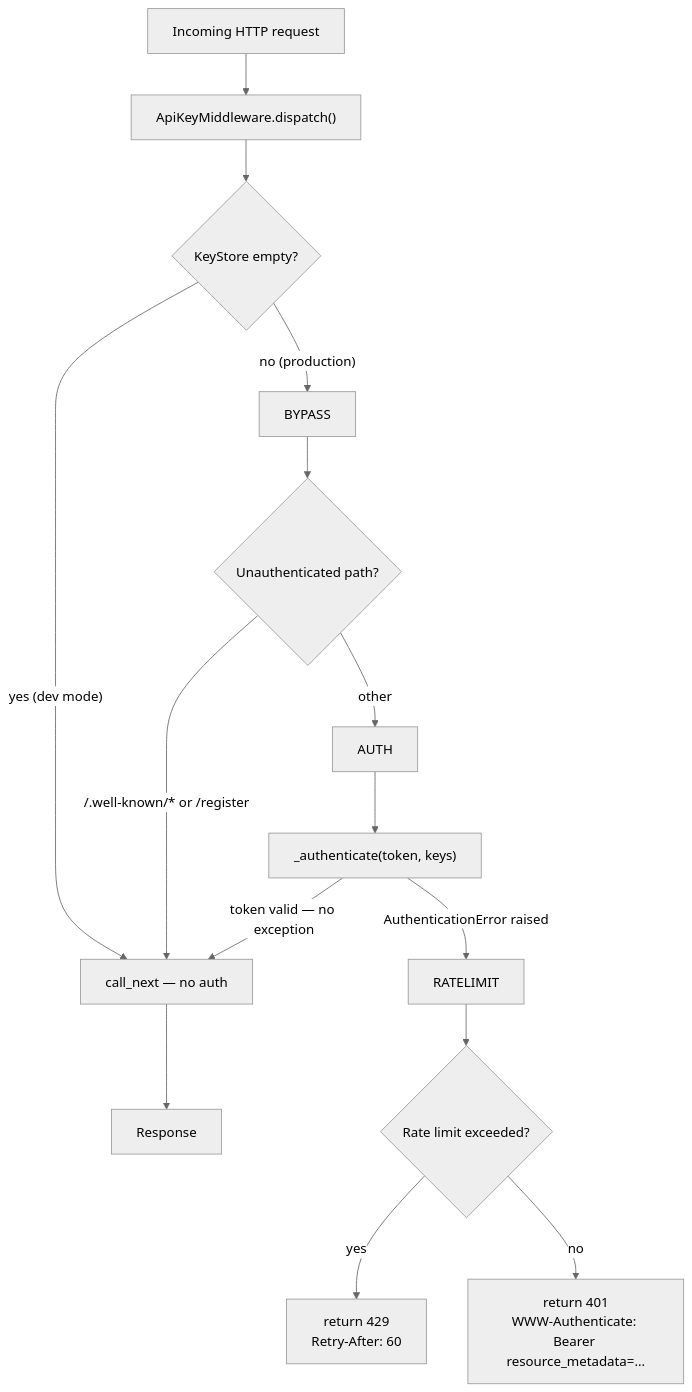
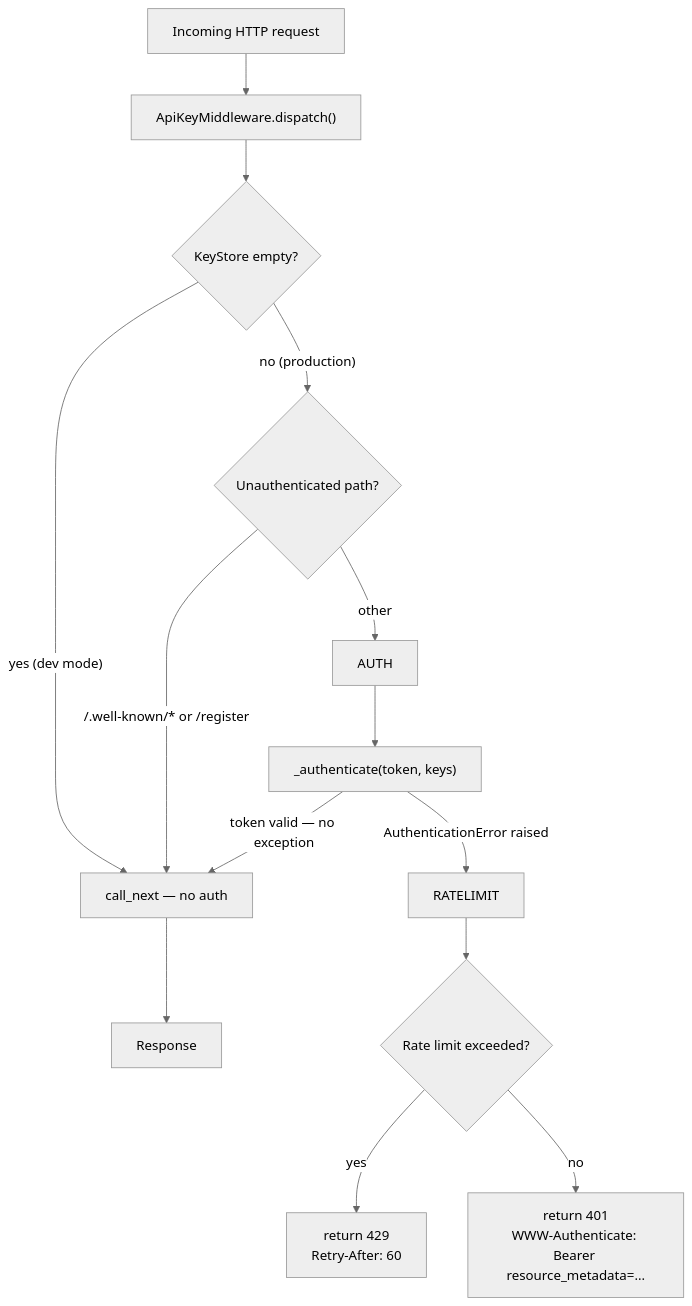
Before and after one commit to k3l0-dev/aci-mcp: the diagram in docs/internals/middleware.md, drawn with Mermaid (neutral theme). The commit also changed other lines of this file and 27 other files, not shown here.

````diff
--- a/docs/internals/middleware.md
+++ b/docs/internals/middleware.md
@@ -123,23 +134,22 @@
 ```mermaid
 flowchart TD
     REQ["Incoming HTTP request"]
     REQ --> MW["ApiKeyMiddleware.dispatch()"]
 
     MW --> EMPTY{KeyStore empty?}
     EMPTY -->|"yes (dev mode)"| PASSTHROUGH["call_next — no auth"]
-    EMPTY -->|"no (production)"| BYPASS
+    EMPTY -->|"no (production)"| PATH{Unauthenticated path?}
 
-    BYPASS --> PATH{Unauthenticated path?}
     PATH -->|"/.well-known/* or /register"| PASSTHROUGH
     PATH -->|"other"| AUTH
 
     AUTH --> CALL["_authenticate(token, keys)"]
     CALL -->|"token valid — no exception"| PASSTHROUGH
     CALL -->|"AuthenticationError raised"| RATELIMIT
 
     RATELIMIT --> RL{Rate limit exceeded?}
-    RL -->|"yes"| R429["return 429\nRetry-After: 60"]
-    RL -->|"no"| R401["return 401\nWWW-Authenticate: Bearer resource_metadata=..."]
+    RL -->|"yes"| R429["return 429<br/>Retry-After: 60"]
+    RL -->|"no"| R401["return 401<br/>WWW-Authenticate: Bearer resource_metadata=..."]
 
     PASSTHROUGH --> RESP["Response"]
 ```
````
